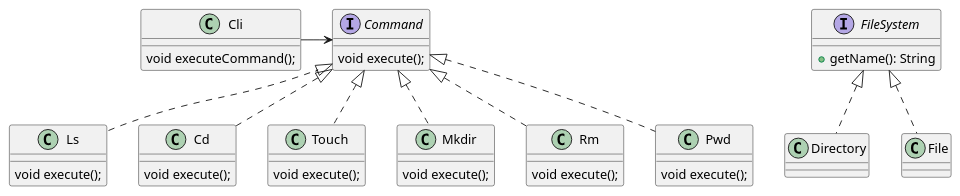
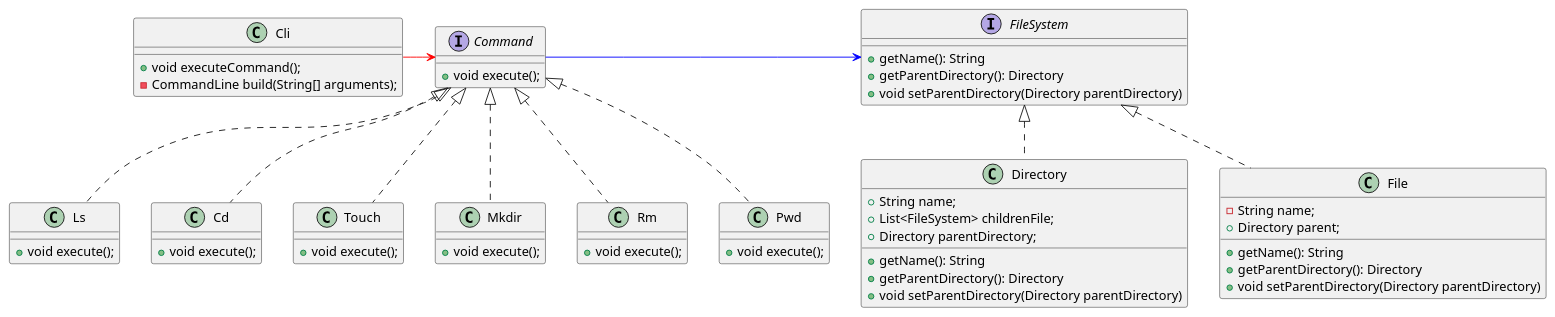
One commit to austral-ingsis-classroom/clifford-GermanoFelipe changed the diagram in diagram/Clifford.puml. Above: the diagram before and after it, drawn with PlantUML.

Commit message:
plant uml updated

```diff
--- a/diagram/Clifford.puml
+++ b/diagram/Clifford.puml
@@ -1,48 +1,63 @@
 @startuml
 'https://plantuml.com/class-diagram
 
 interface FileSystem {
     + getName(): String
+    + getParentDirectory(): Directory
+    + void setParentDirectory(Directory parentDirectory)
 }
 
 class Directory implements FileSystem {
+    + String name;
+    + List<FileSystem> childrenFile;
+    + Directory parentDirectory;
+    + getName(): String
+    + getParentDirectory(): Directory
+    + void setParentDirectory(Directory parentDirectory)
 }
 
 class File implements FileSystem {
+    - String name;
+    + Directory parent;
+    + getName(): String
+    + getParentDirectory(): Directory
+    + void setParentDirectory(Directory parentDirectory)
 }
 
 class Cli {
-    void executeCommand();
+    + void executeCommand();
+    - CommandLine build(String[] arguments);
 }
 
 interface Command {
-    void execute();
+    + void execute();
 }
 
 class Ls implements Command {
-    void execute();
+    + void execute();
 }
 
 class Cd implements Command {
-    void execute();
+    + void execute();
 }
 
 class Touch implements Command {
-    void execute();
+    + void execute();
 }
 
 class Mkdir implements Command {
-    void execute();
+    + void execute();
 }
 
 class Rm implements Command {
-    void execute();
+    + void execute();
 }
 
 class Pwd implements Command {
-    void execute();
+    + void execute();
 }
 
 
-Cli -> Command
+Cli -[#red]> Command
+Command -[#blue]> FileSystem
 @enduml
```
